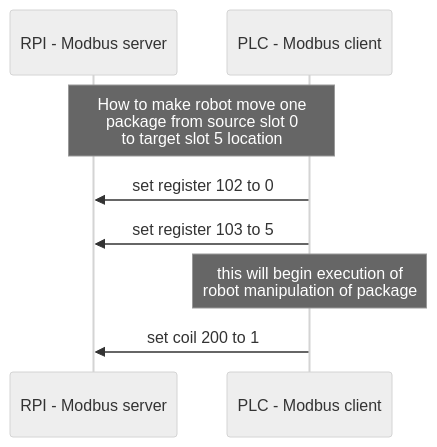
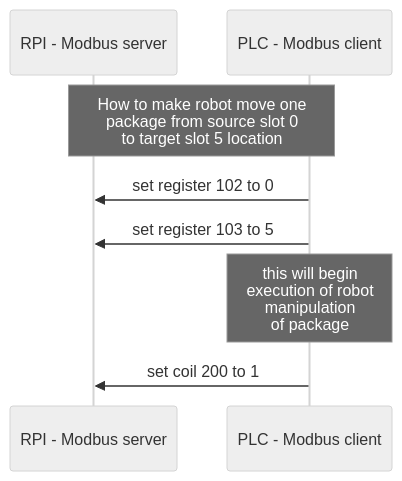
One commit to fsprojekti/rack-warehouse-jetmax changed the second of 2 diagrams in README.md. Above: the diagram before and after it, drawn with Mermaid (neutral theme).

````diff
--- a/README.md
+++ b/README.md
@@ -112,10 +112,10 @@
 ```mermaid
     sequenceDiagram
     participant RPI as RPI - Modbus server
     participant PLC as PLC - Modbus client
     Note over RPI, PLC: How to make robot move one <br>package from source slot 0 <br>to target slot 5 location
     PLC->>RPI:set register 102 to 0
     PLC->>RPI:set register 103 to 5
-    Note over PLC: this will begin execution of <br> robot manipulation of package
+    Note over PLC: this will begin <br>execution of robot<br>manipulation <br> of package
     PLC->>RPI:set coil 200 to 1
 ```
````
